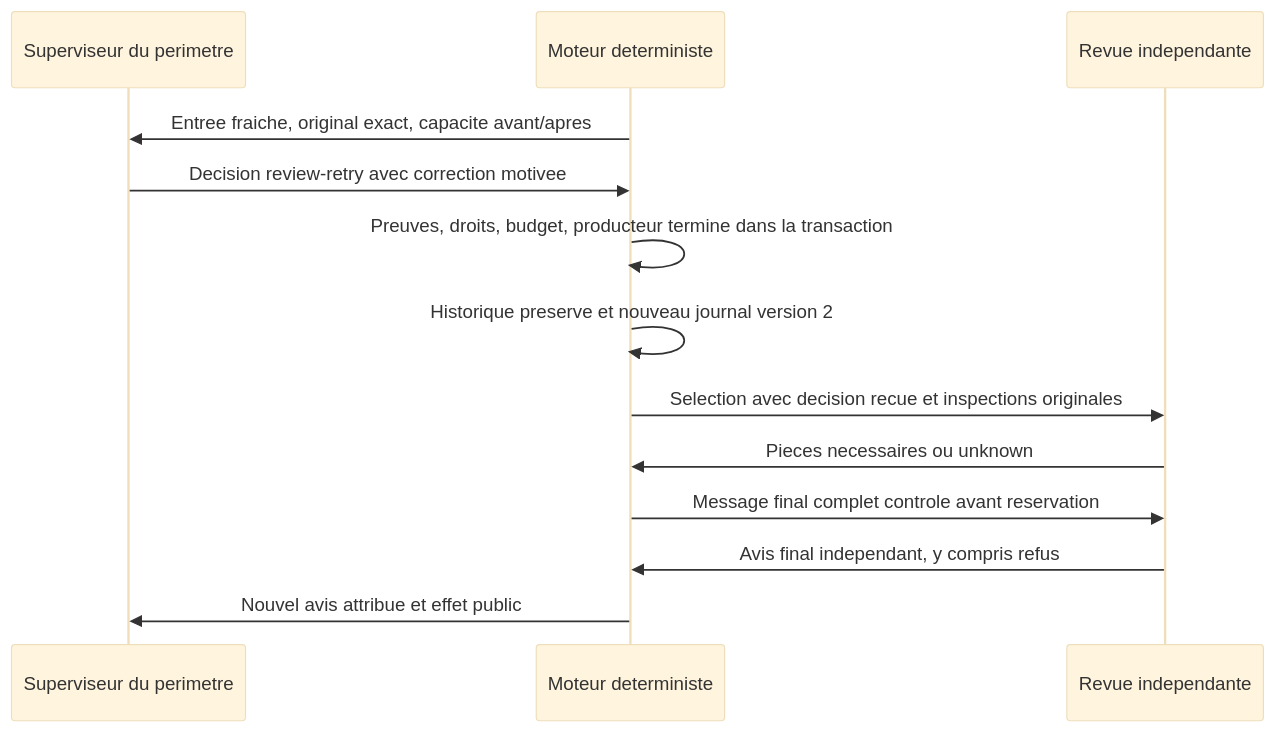
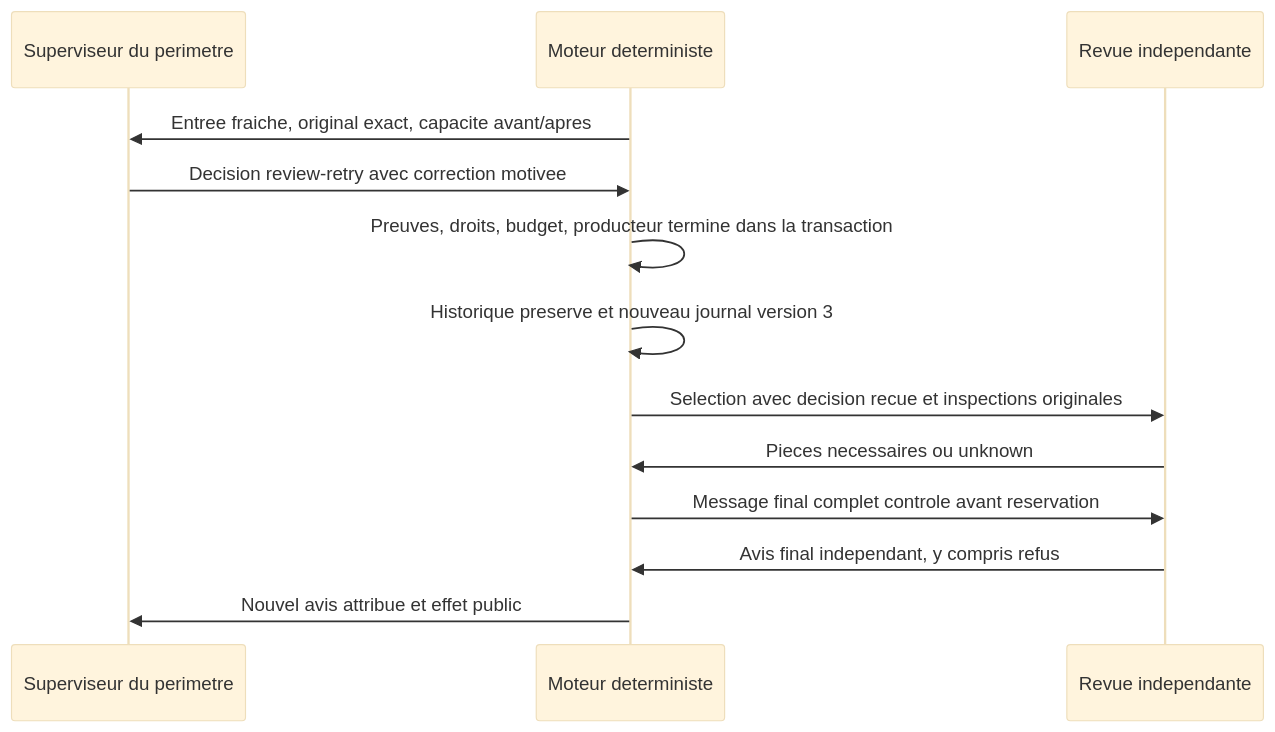
One commit to mo0ogly/swarm changed the eighth of 13 diagrams in docs/architecture/AUTORECURSIVE-RECOVERY.md. Above: the diagram before and after it, drawn with Mermaid (base theme). The commit also changed other lines of this file and 10 other files, not shown here.

````diff
--- a/docs/architecture/AUTORECURSIVE-RECOVERY.md
+++ b/docs/architecture/AUTORECURSIVE-RECOVERY.md
@@ -404,15 +413,15 @@
 ```mermaid
 sequenceDiagram
     participant S as Superviseur du perimetre
     participant M as Moteur deterministe
     participant R as Revue independante
     M->>S: Entree fraiche, original exact, capacite avant/apres
     S->>M: Decision review-retry avec correction motivee
     M->>M: Preuves, droits, budget, producteur termine dans la transaction
-    M->>M: Historique preserve et nouveau journal version 2
+    M->>M: Historique preserve et nouveau journal version 3
     M->>R: Selection avec decision recue et inspections originales
     R->>M: Pieces necessaires ou unknown
     M->>R: Message final complet controle avant reservation
     R->>M: Avis final independant, y compris refus
     M->>S: Nouvel avis attribue et effet public
 ```
````
